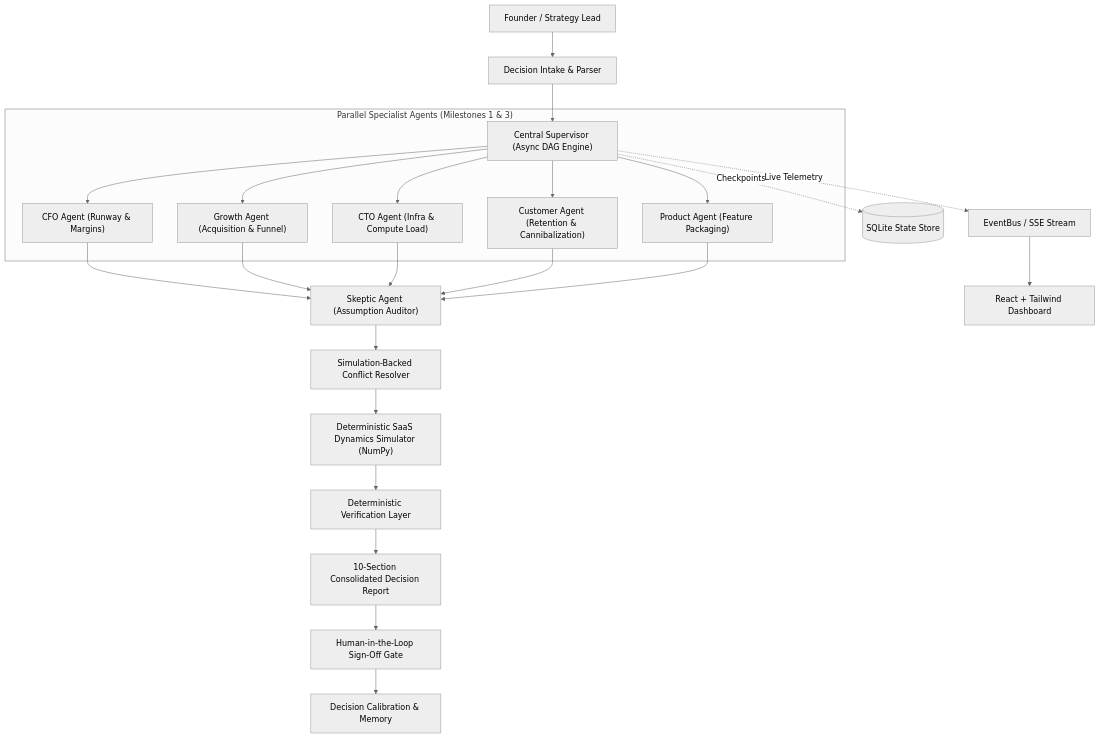
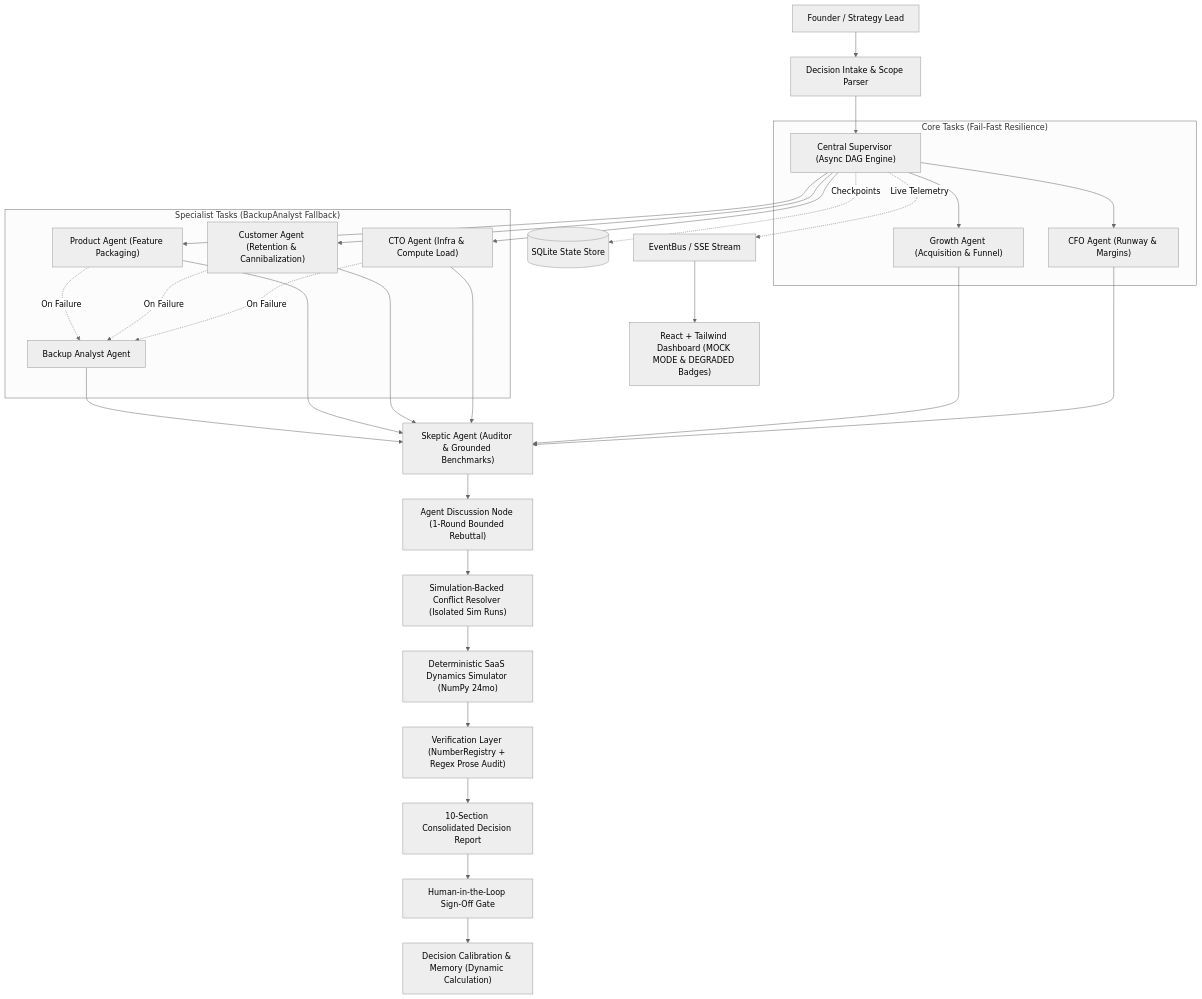
One commit to omsrajput977/VentureTwin changed the diagram in README.md. Above: the diagram before and after it, drawn with Mermaid (neutral theme). The commit also changed other lines of this file and 78 other files, not shown here.

````diff
--- a/README.md
+++ b/README.md
@@ -38,30 +40,38 @@
 ```mermaid
 graph TD
-    User["Founder / Strategy Lead"] --> Intake["Decision Intake & Parser"]
+    User["Founder / Strategy Lead"] --> Intake["Decision Intake & Scope Parser"]
     Intake --> Supervisor["Central Supervisor (Async DAG Engine)"]
     
-    subgraph "Parallel Specialist Agents (Milestones 1 & 3)"
+    subgraph "Core Tasks (Fail-Fast Resilience)"
         Supervisor --> CFO["CFO Agent (Runway & Margins)"]
         Supervisor --> Growth["Growth Agent (Acquisition & Funnel)"]
+    end
+
+    subgraph "Specialist Tasks (BackupAnalyst Fallback)"
         Supervisor --> CTO["CTO Agent (Infra & Compute Load)"]
         Supervisor --> Customer["Customer Agent (Retention & Cannibalization)"]
         Supervisor --> Product["Product Agent (Feature Packaging)"]
+        CTO -. On Failure .-> Backup["Backup Analyst Agent"]
+        Customer -. On Failure .-> Backup
+        Product -. On Failure .-> Backup
     end
 
-    CFO --> Skeptic["Skeptic Agent (Assumption Auditor)"]
+    CFO --> Skeptic["Skeptic Agent (Auditor & Grounded Benchmarks)"]
     Growth --> Skeptic
     CTO --> Skeptic
     Customer --> Skeptic
     Product --> Skeptic
+    Backup --> Skeptic
 
-    Skeptic --> Conflict["Simulation-Backed Conflict Resolver"]
-    Conflict --> Sim["Deterministic SaaS Dynamics Simulator (NumPy)"]
-    Sim --> Verifier["Deterministic Verification Layer"]
+    Skeptic --> Discussion["Agent Discussion Node (1-Round Bounded Rebuttal)"]
+    Discussion --> Conflict["Simulation-Backed Conflict Resolver (Isolated Sim Runs)"]
+    Conflict --> Sim["Deterministic SaaS Dynamics Simulator (NumPy 24mo)"]
+    Sim --> Verifier["Verification Layer (NumberRegistry + Regex Prose Audit)"]
     Verifier --> Report["10-Section Consolidated Decision Report"]
     Report --> Gate["Human-in-the-Loop Sign-Off Gate"]
-    Gate --> History["Decision Calibration & Memory"]
+    Gate --> History["Decision Calibration & Memory (Dynamic Calculation)"]
 
     Supervisor -. Checkpoints .-> SQLite[("SQLite State Store")]
     Supervisor -. Live Telemetry .-> SSE["EventBus / SSE Stream"]
-    SSE --> UI["React + Tailwind Dashboard"]
+    SSE --> UI["React + Tailwind Dashboard (MOCK MODE & DEGRADED Badges)"]
 ```
````
